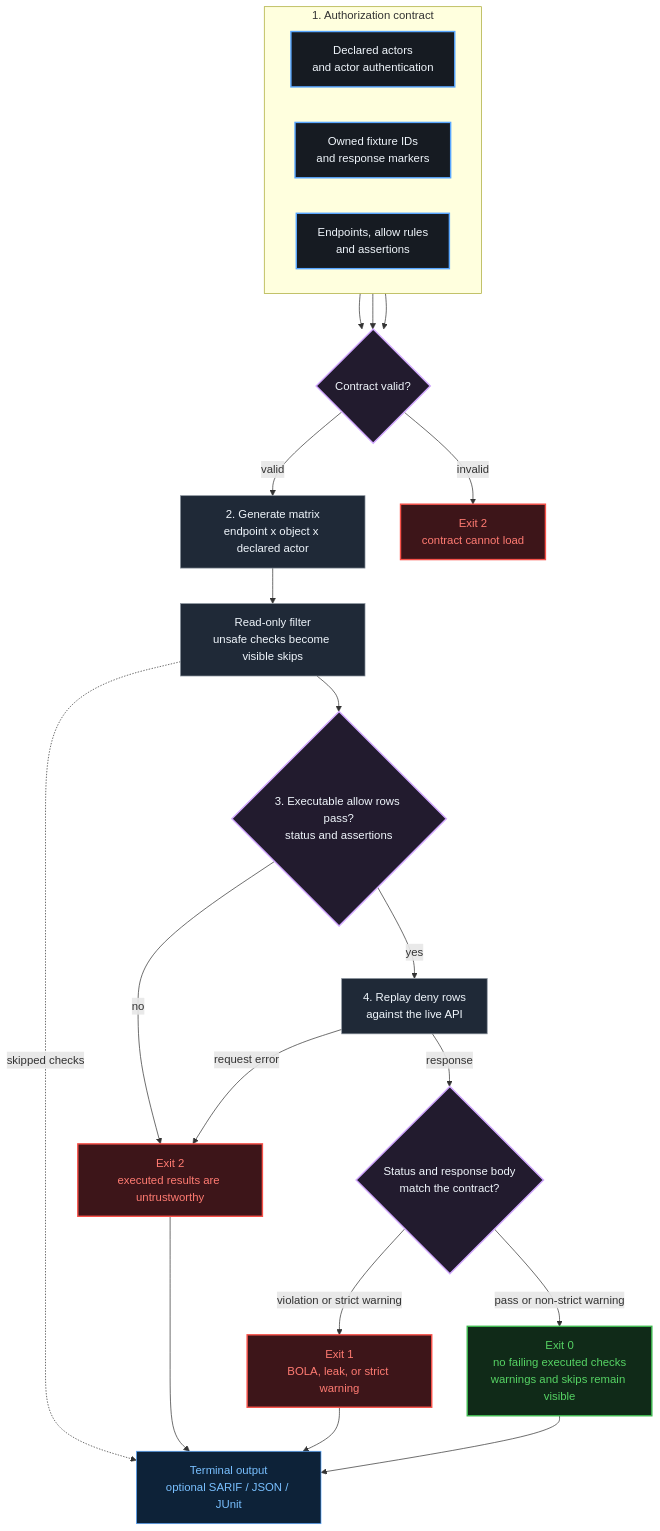
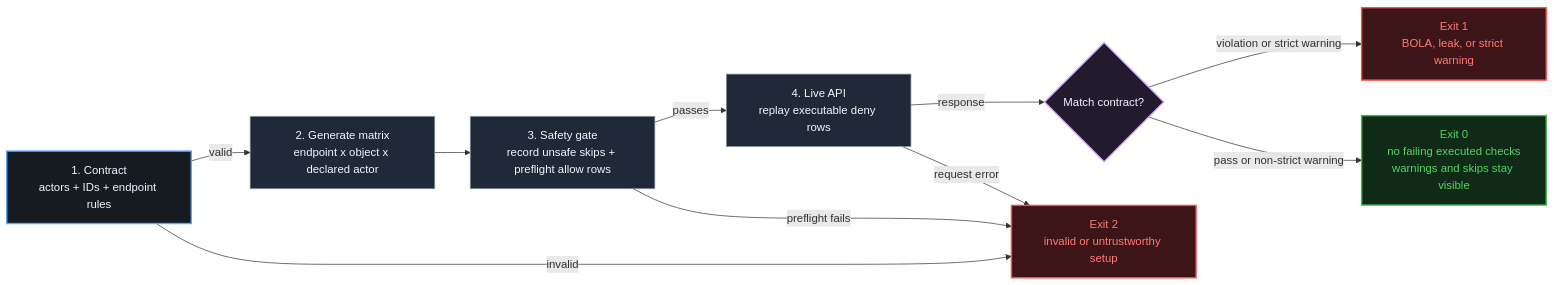
One commit to Asttr0/AuthzTrace changed the diagram in README.md. Above: the diagram before and after it, drawn with Mermaid.

Commit message:
Compact README process diagram

````diff
--- a/README.md
+++ b/README.md
@@ -25,54 +25,34 @@
 ```mermaid
-flowchart TB
-    subgraph Contract["1. Authorization contract"]
-        direction LR
-        Actors["Declared actors<br/>and actor authentication"]
-        Objects["Owned fixture IDs<br/>and response markers"]
-        Endpoints["Endpoints, allow rules<br/>and assertions"]
-    end
+flowchart LR
+    Contract["1. Contract<br/>actors + IDs + endpoint rules"]
+    Matrix["2. Generate matrix<br/>endpoint x object x declared actor"]
+    Safety["3. Safety gate<br/>record unsafe skips + preflight allow rows"]
+    Replay["4. Live API<br/>replay executable deny rows"]
+    Verdict{"Match contract?"}
 
-    Load{"Contract valid?"}
-    Matrix["2. Generate matrix<br/>endpoint x object x declared actor"]
-    Filter["Read-only filter<br/>unsafe checks become visible skips"]
-    Preflight{"3. Executable allow rows pass?<br/>status and assertions"}
-    Replay["4. Replay deny rows<br/>against the live API"]
-    Grade{"Status and response body<br/>match the contract?"}
+    Setup["Exit 2<br/>invalid or untrustworthy setup"]
+    Finding["Exit 1<br/>BOLA, leak, or strict warning"]
+    Clean["Exit 0<br/>no failing executed checks<br/>warnings and skips stay visible"]
 
-    LoadError["Exit 2<br/>contract cannot load"]
-    Setup["Exit 2<br/>executed results are untrustworthy"]
-    Finding["Exit 1<br/>BOLA, leak, or strict warning"]
-    Clean["Exit 0<br/>no failing executed checks<br/>warnings and skips remain visible"]
-    Reports["Terminal output<br/>optional SARIF / JSON / JUnit"]
-
-    Actors --> Load
-    Objects --> Load
-    Endpoints --> Load
-    Load -->|valid| Matrix
-    Load -->|invalid| LoadError
-    Matrix --> Filter
-    Filter --> Preflight
-    Filter -. skipped checks .-> Reports
-    Preflight -->|no| Setup
-    Preflight -->|yes| Replay
-    Replay -->|response| Grade
+    Contract -->|valid| Matrix
+    Contract -->|invalid| Setup
+    Matrix --> Safety
+    Safety -->|preflight fails| Setup
+    Safety -->|passes| Replay
     Replay -->|request error| Setup
-    Grade -->|violation or strict warning| Finding
-    Grade -->|pass or non-strict warning| Clean
-    Setup --> Reports
-    Finding --> Reports
-    Clean --> Reports
+    Replay -->|response| Verdict
+    Verdict -->|violation or strict warning| Finding
+    Verdict -->|pass or non-strict warning| Clean
 
     classDef input fill:#161b22,stroke:#58a6ff,color:#f0f6fc,stroke-width:2px;
     classDef process fill:#1f2937,stroke:#8b949e,color:#f0f6fc;
     classDef decision fill:#221b2e,stroke:#d2a8ff,color:#f0f6fc,stroke-width:2px;
     classDef failure fill:#3d1519,stroke:#f85149,color:#ff7b72,stroke-width:2px;
     classDef success fill:#102a18,stroke:#3fb950,color:#56d364,stroke-width:2px;
-    classDef output fill:#0d2238,stroke:#58a6ff,color:#79c0ff;
 
-    class Actors,Objects,Endpoints input;
-    class Matrix,Filter,Replay process;
-    class Load,Preflight,Grade decision;
-    class LoadError,Setup,Finding failure;
+    class Contract input;
+    class Matrix,Safety,Replay process;
+    class Verdict decision;
+    class Setup,Finding failure;
     class Clean success;
-    class Reports output;
 ```
````
